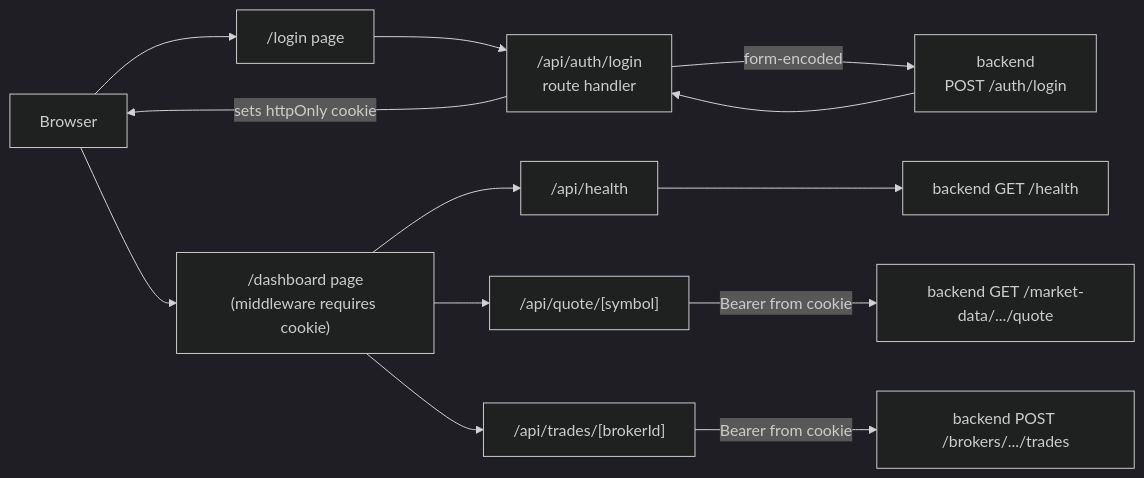
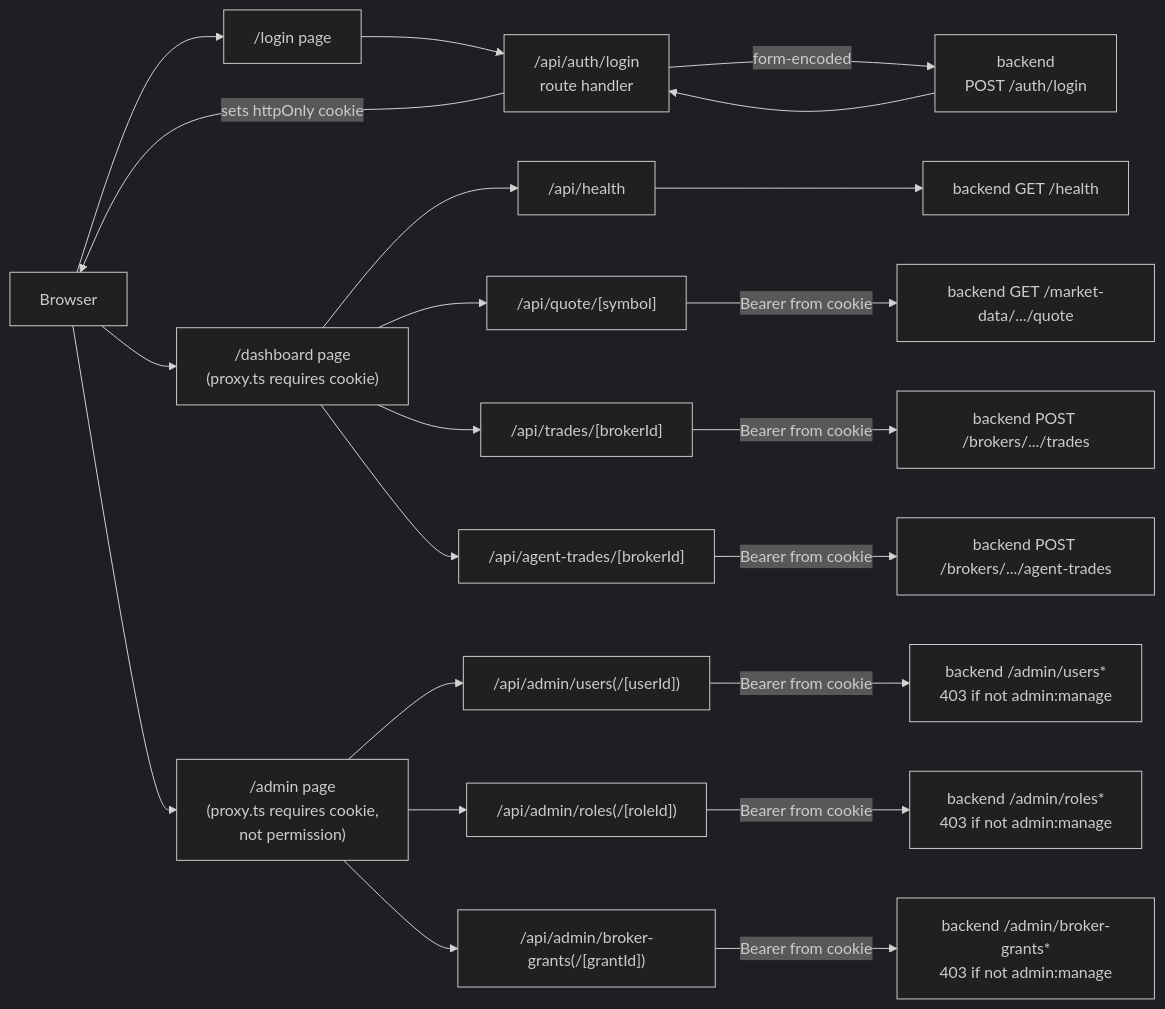
The third of 3 diagrams in docs/ARCHITECTURE.md (Freedomwelathlab/Trading-Agents), drawn with Mermaid (dark theme) before and after one commit. The commit also changed other lines of this file and 24 other files, not shown here.

First line of the commit message:
feat(web): admin UI and agent-trades UI (Phase 20, D023)

````diff
--- a/docs/ARCHITECTURE.md
+++ b/docs/ARCHITECTURE.md
@@ -158,16 +158,26 @@
 ```mermaid
 flowchart LR
     browser[Browser] --> loginpage["/login page"]
     loginpage --> loginroute["/api/auth/login\nroute handler"]
     loginroute -->|form-encoded| backendlogin["backend\nPOST /auth/login"]
     backendlogin --> loginroute
     loginroute -->|sets httpOnly cookie| browser
 
-    browser --> dashpage["/dashboard page\n(middleware requires cookie)"]
+    browser --> dashpage["/dashboard page\n(proxy.ts requires cookie)"]
     dashpage --> healthroute["/api/health"]
     dashpage --> quoteroute["/api/quote/[symbol]"]
     dashpage --> traderoute["/api/trades/[brokerId]"]
+    dashpage --> agentroute["/api/agent-trades/[brokerId]"]
     healthroute --> backendhealth["backend GET /health"]
     quoteroute -->|Bearer from cookie| backendquote["backend GET /market-data/.../quote"]
     traderoute -->|Bearer from cookie| backendtrade["backend POST /brokers/.../trades"]
+    agentroute -->|Bearer from cookie| backendagent["backend POST /brokers/.../agent-trades"]
+
+    browser --> adminpage["/admin page\n(proxy.ts requires cookie,\nnot permission)"]
+    adminpage --> usersroute["/api/admin/users(/[userId])"]
+    adminpage --> rolesroute["/api/admin/roles(/[roleId])"]
+    adminpage --> grantsroute["/api/admin/broker-grants(/[grantId])"]
+    usersroute -->|Bearer from cookie| backendusers["backend /admin/users*\n403 if not admin:manage"]
+    rolesroute -->|Bearer from cookie| backendroles["backend /admin/roles*\n403 if not admin:manage"]
+    grantsroute -->|Bearer from cookie| backendgrants["backend /admin/broker-grants*\n403 if not admin:manage"]
 ```
````
